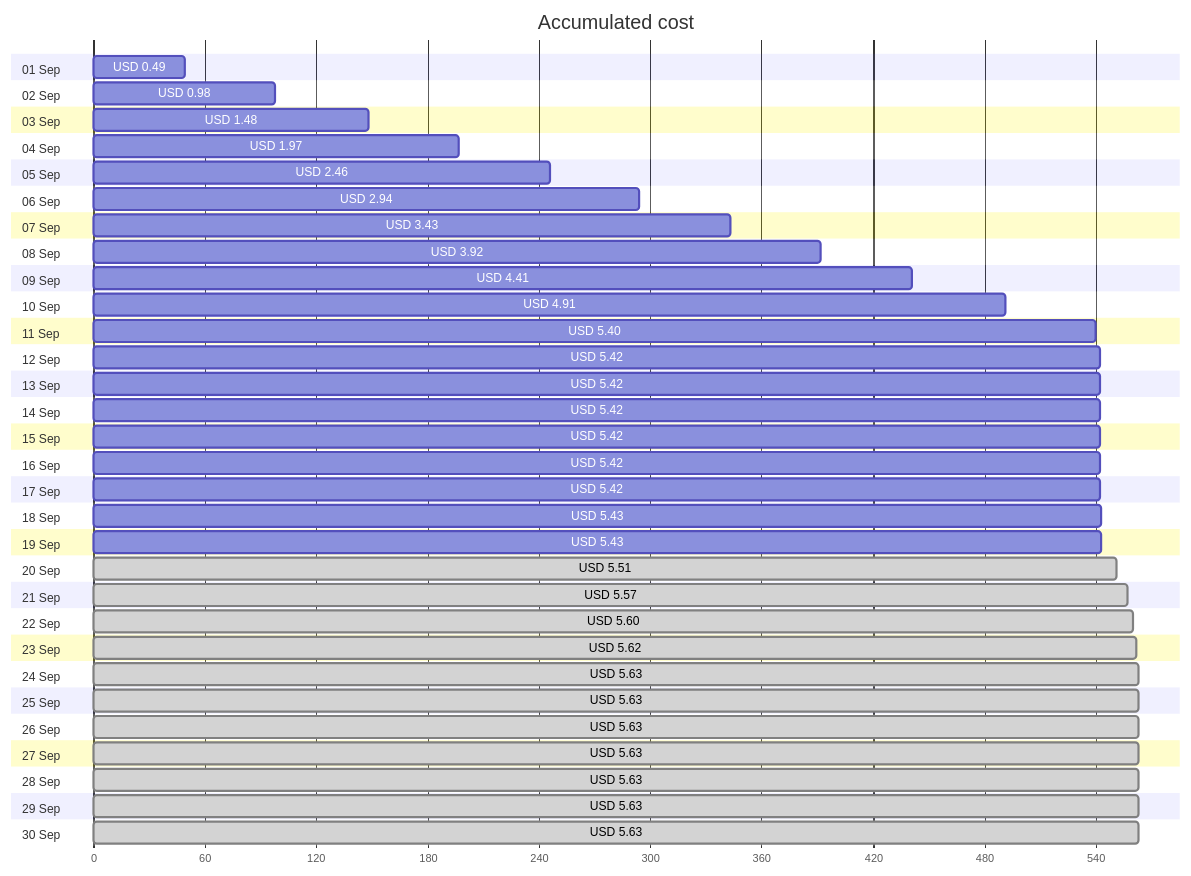
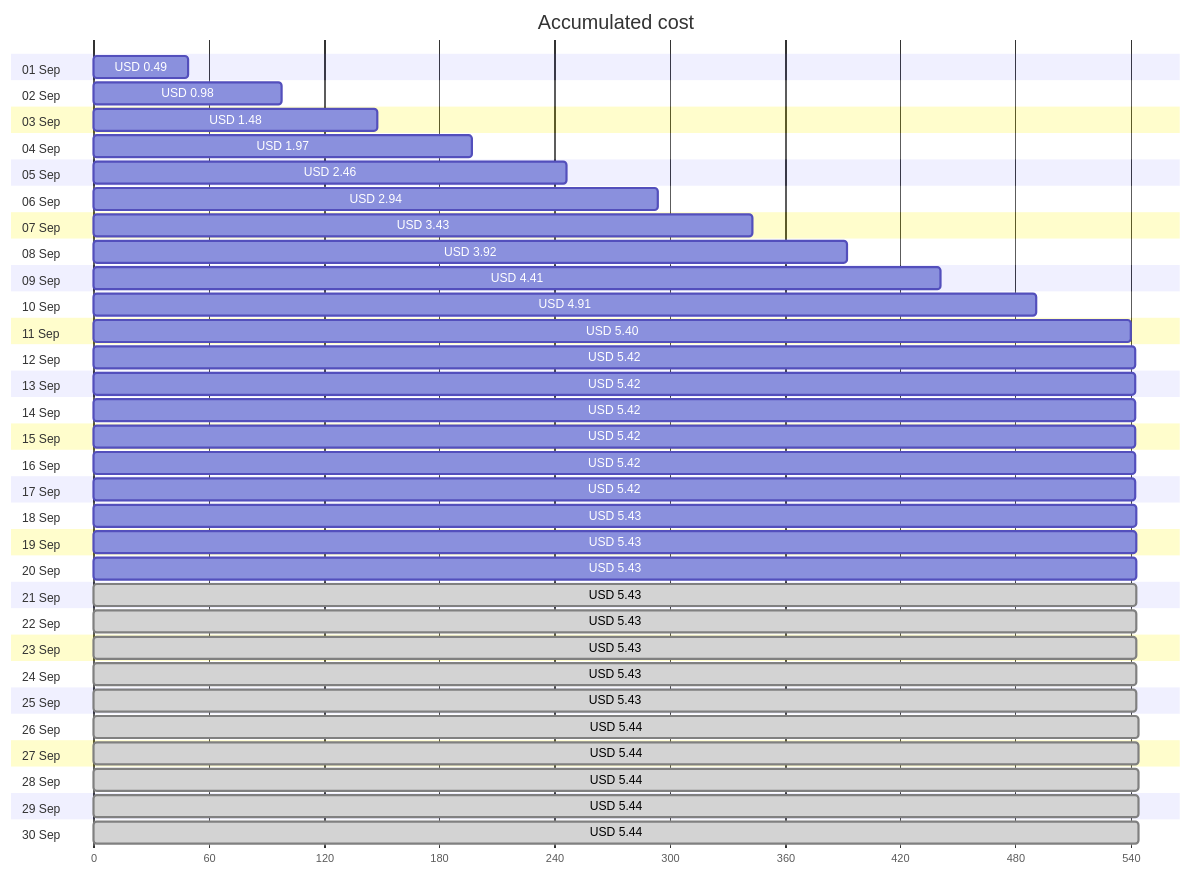
One commit to jpfulton/azure-personal-reports changed the first of 4 diagrams in cost-reports/personal-site/personalsiteapistorage.md. Above: the diagram before and after it, drawn with Mermaid. The commit also changed other lines of this file and 7 other files, not shown here.

````diff
--- a/cost-reports/personal-site/personalsiteapistorage.md
+++ b/cost-reports/personal-site/personalsiteapistorage.md
@@ -20,66 +20,66 @@
 ```mermaid
 gantt
    title Accumulated cost
    dateFormat  X
    axisFormat %s
    section 01 Sep
    USD 0.49 :0, 49
    section 02 Sep
    USD 0.98 :0, 98
    section 03 Sep
    USD 1.48 :0, 148
    section 04 Sep
    USD 1.97 :0, 197
    section 05 Sep
    USD 2.46 :0, 246
    section 06 Sep
    USD 2.94 :0, 294
    section 07 Sep
    USD 3.43 :0, 343
    section 08 Sep
    USD 3.92 :0, 392
    section 09 Sep
    USD 4.41 :0, 441
    section 10 Sep
    USD 4.91 :0, 491
    section 11 Sep
    USD 5.40 :0, 540
    section 12 Sep
    USD 5.42 :0, 542
    section 13 Sep
    USD 5.42 :0, 542
    section 14 Sep
    USD 5.42 :0, 542
    section 15 Sep
    USD 5.42 :0, 542
    section 16 Sep
    USD 5.42 :0, 542
    section 17 Sep
    USD 5.42 :0, 542
    section 18 Sep
    USD 5.43 :0, 543
    section 19 Sep
    USD 5.43 :0, 543
    section 20 Sep
-   USD 5.51 : done, 0, 551
+   USD 5.43 :0, 543
    section 21 Sep
-   USD 5.57 : done, 0, 557
+   USD 5.43 : done, 0, 543
    section 22 Sep
-   USD 5.60 : done, 0, 560
+   USD 5.43 : done, 0, 543
    section 23 Sep
-   USD 5.62 : done, 0, 562
+   USD 5.43 : done, 0, 543
    section 24 Sep
-   USD 5.63 : done, 0, 563
+   USD 5.43 : done, 0, 543
    section 25 Sep
-   USD 5.63 : done, 0, 563
+   USD 5.43 : done, 0, 543
    section 26 Sep
-   USD 5.63 : done, 0, 563
+   USD 5.44 : done, 0, 544
    section 27 Sep
-   USD 5.63 : done, 0, 563
+   USD 5.44 : done, 0, 544
    section 28 Sep
-   USD 5.63 : done, 0, 563
+   USD 5.44 : done, 0, 544
    section 29 Sep
-   USD 5.63 : done, 0, 563
+   USD 5.44 : done, 0, 544
    section 30 Sep
-   USD 5.63 : done, 0, 563
+   USD 5.44 : done, 0, 544
 ```
````
